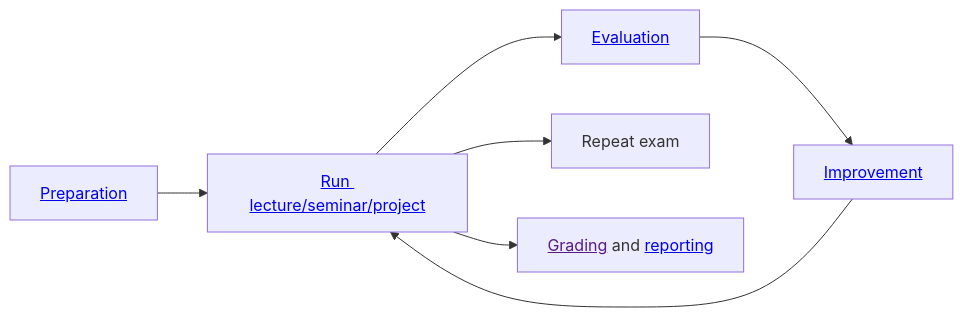
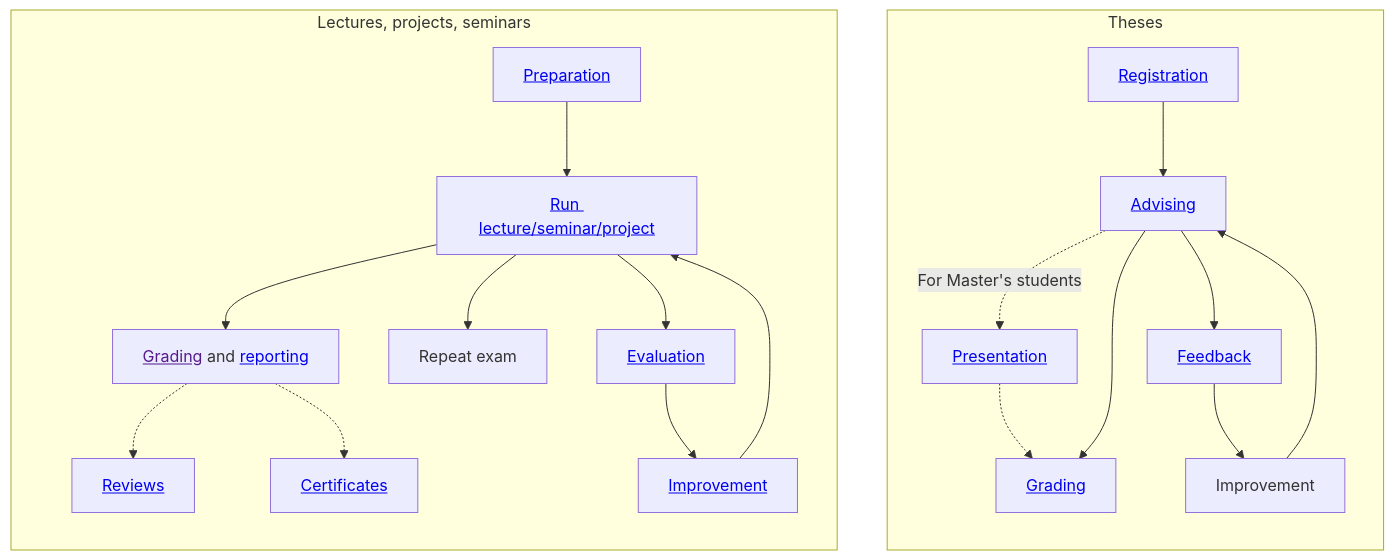
One commit to digital-work-lab/handbook changed the diagram in docs/30-teaching/30_processes/30.02.courses.md. Above: the diagram before and after it, drawn with Mermaid. The commit also changed 1 other file, not shown here.

Commit message:
update courses

````diff
--- a/docs/30-teaching/30_processes/30.02.courses.md
+++ b/docs/30-teaching/30_processes/30.02.courses.md
@@ -13,11 +13,26 @@
 ```mermaid
-flowchart LR
+flowchart TB
+    subgraph Theses
+        direction TB
+        Registration["<a href='30.40.theses.html#registration'>Registration</a>"] --> Advising["<a href='30.40.theses.html#advising'>Advising</a>"]
+        Advising -. For Master's students .-> Presentation["<a href='30.40.theses.html#thesis-presentation'>Presentation</a>"]
+        Presentation -.-> Grading
+        Advising --> Grading["<a href='30.40.theses.html#grading'>Grading</a>"]
+        Advising --> Feedback["<a href='https://digital-work-lab.github.io/theses/docs/feedback.html'>Feedback</a>"]
+        Improvement --> Advising
+        Feedback --> Improvement
+    end
 
-    Prepare["<a href='30.09.new_modules.html'>Preparation</a>"] --> Run["<a href='30.19.virtual_campus.html'>Run lecture/seminar/project</a>"]
-    Run --> Evaluate["<a href='30.21.evaluations.html'>Evaluation</a>"]
-    Evaluate --> Improve["<a href='30.22.improvements.html'>Improvement</a>"]
-    Improve --> Run
-    Run --> Repeat[Repeat exam]
-    Run --> Grade["<a href=''>Grading</a> and <a href='30.20.reports.html'>reporting</a>"]
+    subgraph main["Lectures, projects, seminars"]
+        direction TB
+        Prepare["<a href='30.09.new_modules.html'>Preparation</a>"] --> Run["<a href='30.02.courses.html#course-list'>Run lecture/seminar/project</a>"]
+        Run --> Grade["<a href=''>Grading</a> and <a href='30.20.reports.html'>reporting</a>"]
+        Run --> Repeat[Repeat exam]
+        Grade -.-> Reviews["<a href='30.60.reviews.html'>Reviews</a>"]
+        Grade -.-> Certificates["<a href='30.51.certificates.html'>Certificates</a>"]
+        Run --> Evaluate["<a href='30.21.evaluations.html'>Evaluation</a>"]
+        Evaluate --> Improve["<a href='30.22.improvements.html'>Improvement</a>"]
+        Improve --> Run
+    end
 
 ```
````
